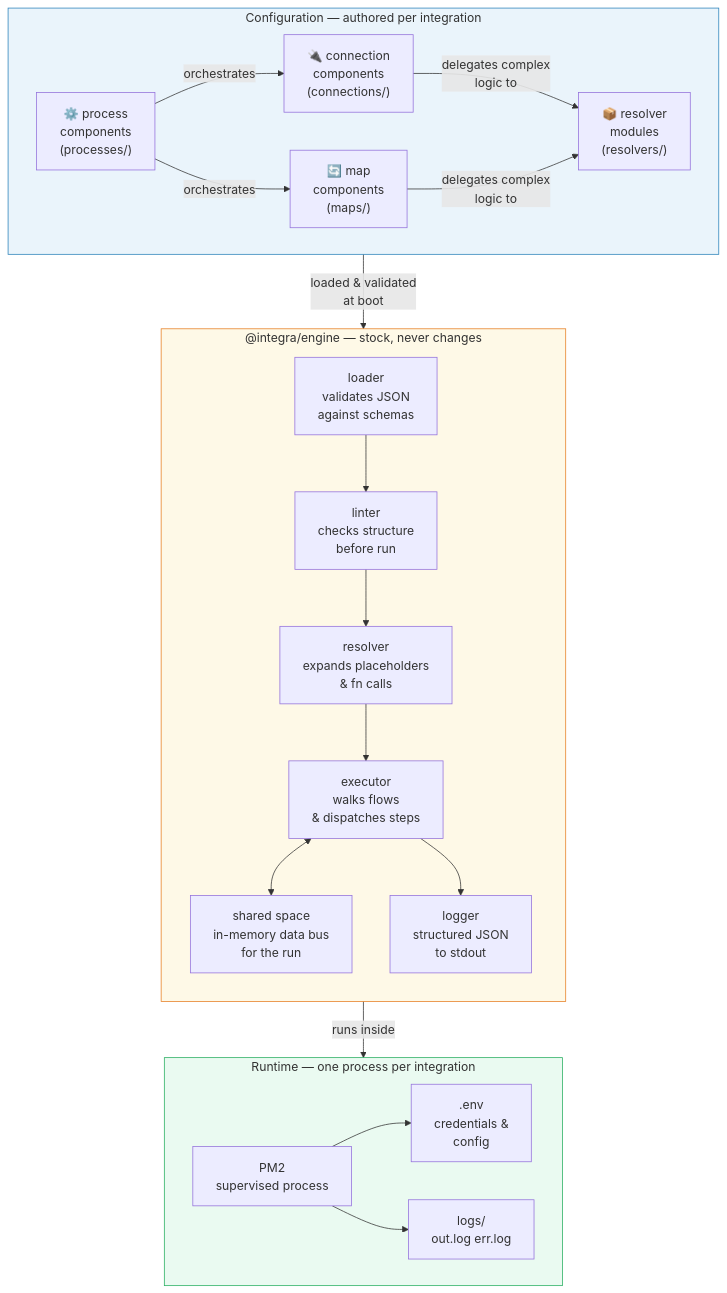
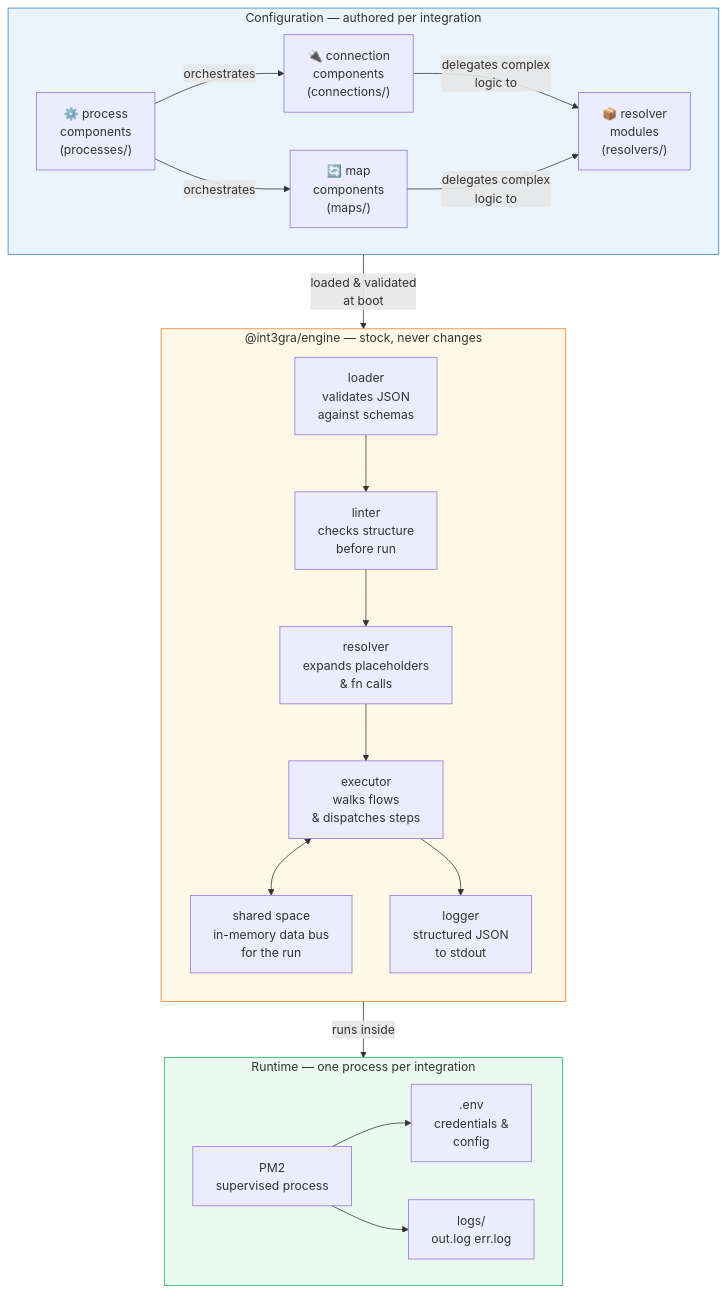
Before and after one commit to ciacob/integra: the second of 2 diagrams in README.md, drawn with Mermaid. The commit also changed other lines of this file and 41 other files, not shown here.

````diff
--- a/README.md
+++ b/README.md
@@ -48,42 +48,42 @@
 ```mermaid
 flowchart TB
     subgraph Config["Configuration — authored per integration"]
         direction LR
         CN["🔌 connection\ncomponents\n(connections/)"]
         MP["🔄 map\ncomponents\n(maps/)"]
         PR["⚙️ process\ncomponents\n(processes/)"]
         RS["📦 resolver\nmodules\n(resolvers/)"]
         PR -->|"orchestrates"| CN
         PR -->|"orchestrates"| MP
         CN & MP -->|"delegates complex\nlogic to"| RS
     end
  
-    subgraph Engine["@integra/engine — stock, never changes"]
+    subgraph Engine["@int3gra/engine — stock, never changes"]
         direction TB
         LD["loader\nvalidates JSON\nagainst schemas"]
         LN["linter\nchecks structure\nbefore run"]
         RV["resolver\nexpands placeholders\n& fn calls"]
         EX["executor\nwalks flows\n& dispatches steps"]
         SH["shared space\nin-memory data bus\nfor the run"]
         LG["logger\nstructured JSON\nto stdout"]
  
         LD --> LN --> RV --> EX
         EX <--> SH
         EX --> LG
     end
  
     subgraph Runtime["Runtime — one process per integration"]
         PM["PM2\nsupervised process"]
         ENV[".env\ncredentials &\nconfig"]
         LOGS["logs/\nout.log  err.log"]
         PM --> ENV
         PM --> LOGS
     end
  
     Config -->|"loaded & validated\nat boot"| Engine
     Engine -->|"runs inside"| Runtime
  
     style Config fill:#eaf4fb,stroke:#2980b9
     style Engine fill:#fef9e7,stroke:#e67e22
     style Runtime fill:#eafaf1,stroke:#27ae60
 ```
````
